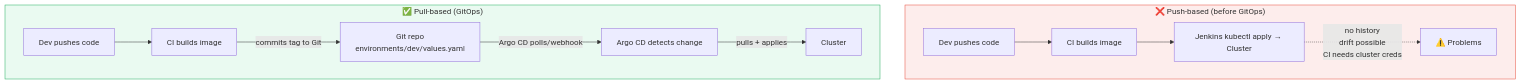
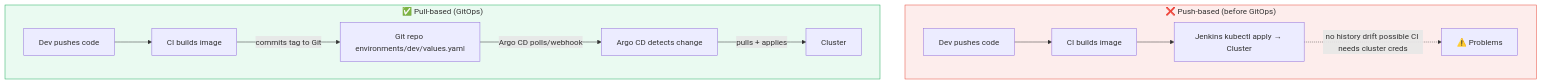
Before and after one commit to Samlogy/ebank-app: diagram 24 of 34 in ebank-monolith/doc/KNOWLEDGE_BASE.md, drawn with Mermaid. The commit also changed other lines of this file and 3 other files, not shown here.

````diff
--- a/ebank-monolith/doc/KNOWLEDGE_BASE.md
+++ b/ebank-monolith/doc/KNOWLEDGE_BASE.md
@@ -760,20 +760,20 @@
 ```mermaid
 graph TD
     subgraph PUSH["❌ Push-based (before GitOps)"]
         direction LR
         D1["Dev pushes code"] --> CI1["CI builds image"]
         CI1 --> JEN["Jenkins kubectl apply → Cluster"]
-        JEN -.->|"no history\ndrift possible\nCI needs cluster creds"| PROB["⚠️ Problems"]
+        JEN -.->|"no history drift possible CI needs cluster creds"| PROB["⚠️ Problems"]
     end
 
     subgraph PULL["✅ Pull-based (GitOps)"]
         direction LR
         D2["Dev pushes code"] --> CI2["CI builds image"]
-        CI2 -->|"commits tag to Git"| GIT2["Git repo\nenvironments/dev/values.yaml"]
+        CI2 -->|"commits tag to Git"| GIT2["Git repo environments/dev/values.yaml"]
         GIT2 -->|"Argo CD polls/webhook"| ARGO["Argo CD detects change"]
         ARGO -->|"pulls + applies"| CLU["Cluster"]
     end
 
     style PUSH fill:#FDEDEC,stroke:#E74C3C
     style PULL fill:#EAFAF1,stroke:#27AE60
 ```
````
